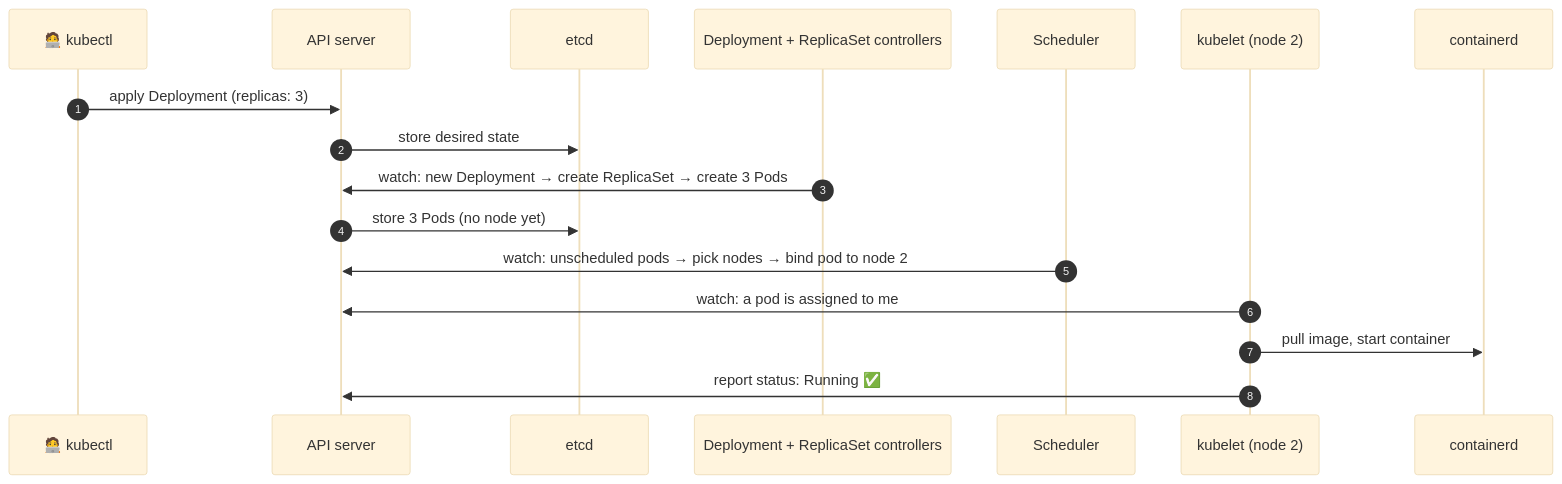
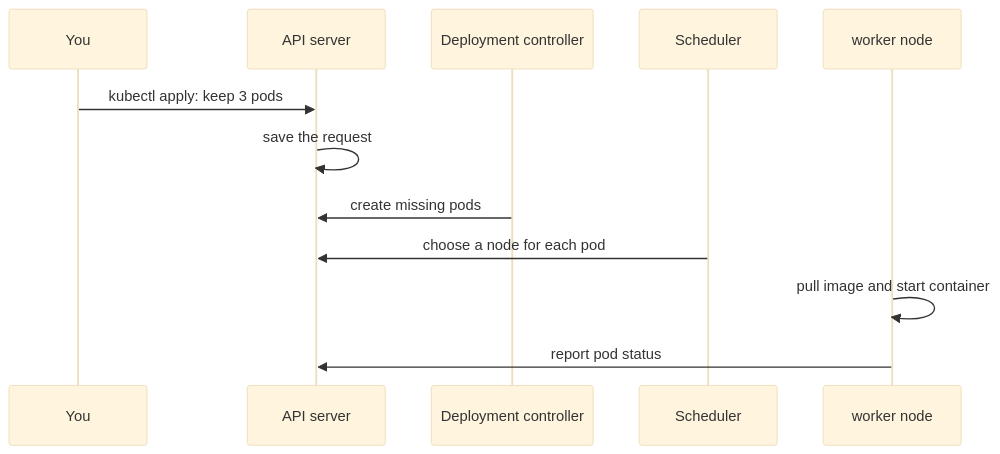
The diagram in content/kubernetes/02-cluster-architecture.md (monijaman/software), drawn with Mermaid (base theme) before and after one commit. The commit also changed other lines of this file and 23 other files, not shown here.

````diff
--- a/content/kubernetes/02-cluster-architecture.md
+++ b/content/kubernetes/02-cluster-architecture.md
@@ -40,19 +50,14 @@
 ```mermaid
 sequenceDiagram
-    autonumber
-    participant U as 🧑‍💻 kubectl
-    participant A as API server
-    participant E as etcd
-    participant C as Deployment + ReplicaSet controllers
-    participant S as Scheduler
-    participant K as kubelet (node 2)
-    participant R as containerd
-    U->>A: apply Deployment (replicas: 3)
-    A->>E: store desired state
-    C->>A: watch: new Deployment → create ReplicaSet → create 3 Pods
-    A->>E: store 3 Pods (no node yet)
-    S->>A: watch: unscheduled pods → pick nodes → bind pod to node 2
-    K->>A: watch: a pod is assigned to me
-    K->>R: pull image, start container
-    K->>A: report status: Running ✅
+    participant You
+    participant API as API server
+    participant Manager as Deployment controller
+    participant Scheduler
+    participant Node as worker node
+    You->>API: kubectl apply: keep 3 pods
+    API->>API: save the request
+    Manager->>API: create missing pods
+    Scheduler->>API: choose a node for each pod
+    Node->>Node: pull image and start container
+    Node->>API: report pod status
 ```
````
